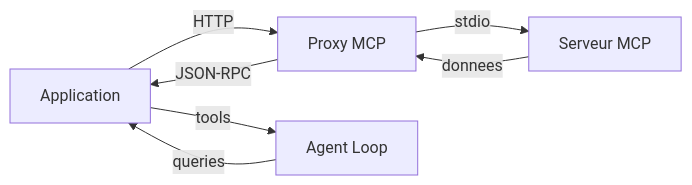
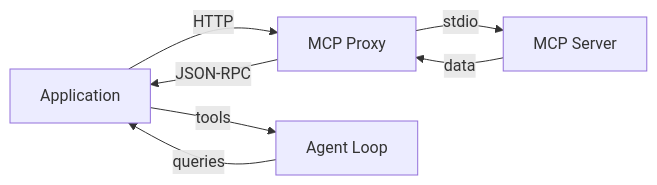
The first of 3 diagrams in docs/starlight/src/content/docs/tutorials/connect-mcp-server.mdx (jeanbaptiste/webmcp-auto-ui), drawn with Mermaid before and after one commit. The commit also changed other lines of this file and 94 other files, not shown here.

````diff
--- a/docs/starlight/src/content/docs/tutorials/connect-mcp-server.mdx
+++ b/docs/starlight/src/content/docs/tutorials/connect-mcp-server.mdx
@@ -23,9 +23,9 @@
 ```mermaid
 graph LR
-    App[Application] -->|HTTP| Proxy[Proxy MCP]
-    Proxy -->|stdio| Server[Serveur MCP]
-    Server -->|donnees| Proxy
+    App[Application] -->|HTTP| Proxy[MCP Proxy]
+    Proxy -->|stdio| Server[MCP Server]
+    Server -->|data| Proxy
     Proxy -->|JSON-RPC| App
     App -->|tools| Agent[Agent Loop]
     Agent -->|queries| App
 ```
````
